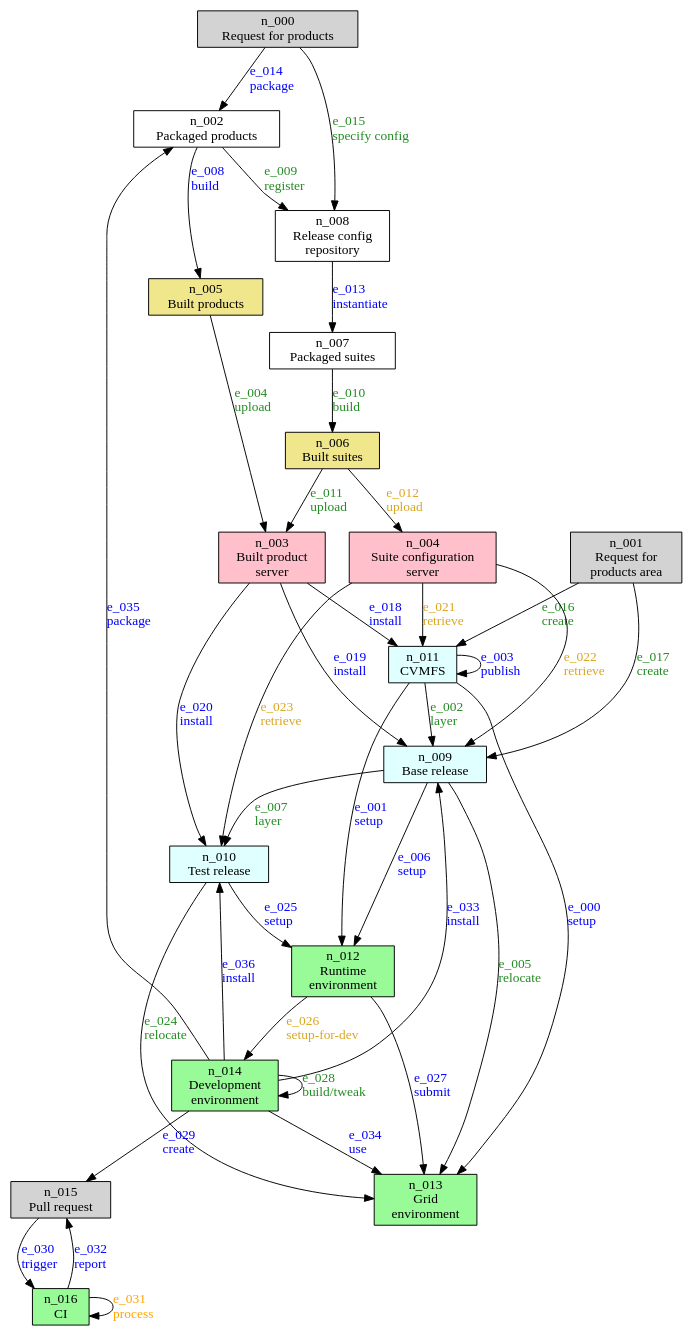
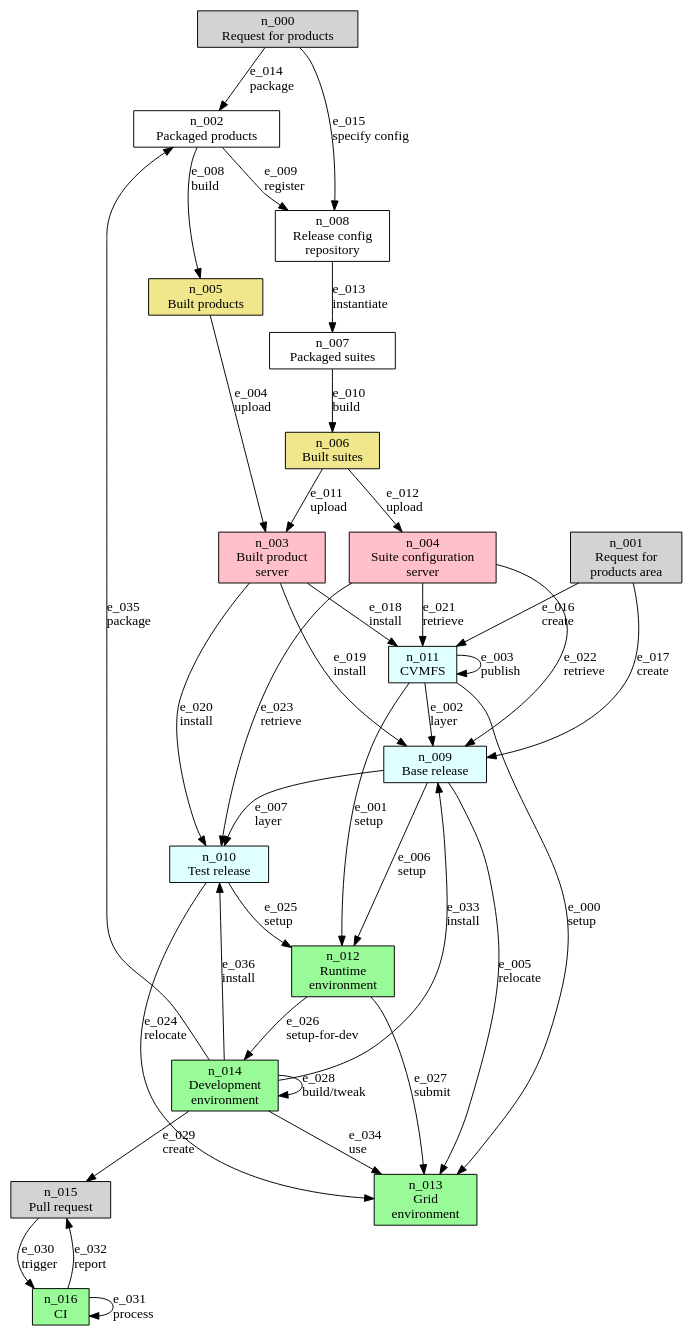
Before and after one commit to marcpaterno/spack_retreat: the diagram in spack.gv, drawn with Graphviz. The commit also changed 1 other file, not shown here.

```diff
--- a/spack.gv
+++ b/spack.gv
@@ -1,61 +1,61 @@
 digraph spack_workflow {
 
   node [shape="rectangle"]
   nodesep=0.35
 
   request_for_products [id="n_000", label="n_000\nRequest for products\n", style=filled, fillcolor=lightgray, href="./remaining_work.html#\N"]
   request_for_products_area [id="n_001", label="n_001\nRequest for\nproducts area\n", style=filled, fillcolor=lightgray, href="./remaining_work.html#\N"]
   packaged_products [id="n_002", label="n_002\nPackaged products", href="./remaining_work.html#\N"]
   scisoft [id="n_003", label="n_003\nBuilt product\nserver\n", style=filled, fillcolor=pink, href="./remaining_work.html#\N"]
   suite_config_server [id="n_004", label="n_004\nSuite configuration\nserver\n", style=filled, fillcolor=pink, href="./remaining_work.html#\N"]
   built_products [id="n_005", label="n_005\nBuilt products\n", style=filled, fillcolor=khaki, href="./remaining_work.html#\N"]
   built_env [id="n_006", label="n_006\nBuilt suites\n", style=filled, fillcolor=khaki, href="./remaining_work.html#\N"]
   packaged_suites [id="n_007", label="n_007\nPackaged suites", href="./remaining_work.html#\N"]
   release_config [id="n_008", label="n_008\nRelease config\nrepository", href="./remaining_work.html#\N"]
   base_release [id="n_009", label="n_009\nBase release\n", style=filled, fillcolor=lightcyan, href="./remaining_work.html#\N"]
   test_release [id="n_010", label="n_010\nTest release\n", style=filled, fillcolor=lightcyan, href="./remaining_work.html#\N"]
   CVMFS [id="n_011", label="n_011\n\N\n", style=filled, fillcolor=lightcyan, href="./remaining_work.html#\N"]
   runtime [id="n_012", label="n_012\nRuntime\nenvironment\n", style=filled, fillcolor=palegreen, href="./remaining_work.html#\N"]
   grid [id="n_013", label="n_013\nGrid\nenvironment\n", style=filled, fillcolor=palegreen, href="./remaining_work.html#\N"]
   development [id="n_014", label="n_014\nDevelopment\nenvironment\n", style=filled, fillcolor=palegreen, href="./remaining_work.html#\N"]
   PR [id="n_015", label="n_015\nPull request\n", style=filled, fillcolor=lightgray, href="./remaining_work.html#\N"]
   CI [id="n_016", label="n_016\n\N\n", style=filled, fillcolor=palegreen, href="./remaining_work.html#\N"]
 
-  CVMFS -> grid [id="e_000", label="e_000\lsetup\l", fontcolor=blue, href="./remaining_work.html#e_000"]
-  CVMFS -> runtime [id="e_001", label="e_001\lsetup\l", fontcolor=blue, href="./remaining_work.html#e_001"]
-  CVMFS -> base_release [id="e_002", label="e_002\llayer\l", fontcolor=forestgreen, href="./remaining_work.html#e_002"]
-  CVMFS -> CVMFS [id="e_003", label="e_003\lpublish\l", fontcolor=blue, href="./remaining_work.html#e_003"]
-  built_products -> scisoft [id="e_004", label="e_004\lupload\l", fontcolor=forestgreen, href="./remaining_work.html#e_004"]
-  base_release -> grid [id="e_005", label="e_005\lrelocate\l", fontcolor=forestgreen, href="./remaining_work.html#e_005"]
-  base_release -> runtime [id="e_006", label="e_006\lsetup\l", fontcolor=blue, href="./remaining_work.html#e_006"]
-  base_release -> test_release[id="e_007", label="e_007\llayer\l", fontcolor=forestgreen, href="./remaining_work.html#e_007"]
-  packaged_products -> built_products [id="e_008", label="e_008\lbuild\l", fontcolor=blue, href="./remaining_work.html#e_008"]
-  packaged_products -> release_config [id="e_009", label="e_009\lregister\l", fontcolor=forestgreen, href="./remaining_work.html#e_009"]
-  packaged_suites -> built_env [id="e_010", label="e_010\lbuild\l", fontcolor=forestgreen, href="./remaining_work.html#e_010"]
-  built_env -> scisoft [id="e_011", label="e_011\lupload\l", fontcolor=forestgreen, href="./remaining_work.html#e_011"]
-  built_env -> suite_config_server [id="e_012", label="e_012\lupload\l", fontcolor=goldenrod, href="./remaining_work.html#e_012"]
-  release_config -> packaged_suites [id="e_013", label="e_013\linstantiate\l", fontcolor=blue, href="./remaining_work.html#e_013"]
-  request_for_products -> packaged_products [id="e_014", label="e_014\lpackage\l", fontcolor=blue, href="./remaining_work.html#e_014"]
-  request_for_products -> release_config [id="e_015", label="e_015\lspecify config\l", fontcolor=forestgreen, href="./remaining_work.html#e_015"]
-  request_for_products_area -> CVMFS [id="e_016", label="e_016\lcreate\l", fontcolor=forestgreen, href="./remaining_work.html#e_016"]
-  request_for_products_area -> base_release [id="e_017", label="e_017\lcreate\l", fontcolor=forestgreen, href="./remaining_work.html#e_017"]
-  scisoft -> CVMFS [id="e_018", label="e_018\linstall\l", fontcolor=blue, href="./remaining_work.html#e_018"]
-  scisoft -> base_release [id="e_019", label="e_019\linstall\l", fontcolor=blue, href="./remaining_work.html#e_019"]
-  scisoft -> test_release [id="e_020", label="e_020\linstall\l", fontcolor=blue, href="./remaining_work.html#e_020"]
-  suite_config_server -> CVMFS [id="e_021", label="e_021\lretrieve\l", fontcolor=goldenrod, href="./remaining_work.html#e_021"]
-  suite_config_server -> base_release [id="e_022", label="e_022\lretrieve\l", fontcolor=goldenrod, href="./remaining_work.html#e_022"]
-  suite_config_server -> test_release [id="e_023", label="e_023\lretrieve\l", fontcolor=goldenrod, href="./remaining_work.html#e_023"]
-  test_release -> grid [id="e_024", label="e_024\lrelocate\l", fontcolor=forestgreen, href="./remaining_work.html#e_024"]
-  test_release -> runtime [id="e_025", label="e_025\lsetup\l", fontcolor=blue, href="./remaining_work.html#e_025"]
-  runtime -> development [id="e_026", label="e_026\lsetup-for-dev\l", fontcolor=goldenrod, href="./remaining_work.html#e_026"]
-  runtime -> grid [id="e_027", label="e_027\lsubmit\l", fontcolor=blue, href="./remaining_work.html#e_027"]
-  development -> development [id="e_028", label="e_028\lbuild/tweak\l", fontcolor=forestgreen, href="./remaining_work.html#e_028"]
-  development -> PR [id="e_029", label="e_029\lcreate\l", fontcolor=blue, href="./remaining_work.html#e_029"]
-  PR -> CI [id="e_030", label="e_030\ltrigger\l", fontcolor=blue, href="./remaining_work.html#e_030"]
-  CI -> CI [id="e_031", label="e_031\lprocess\l", fontcolor=orange, href="./remaining_work.html#e_031"]
-  CI -> PR [id="e_032", label="e_032\lreport\l", fontcolor=blue, href="./remaining_work.html#e_032"]
-  development -> base_release [id="e_033", label="e_033\linstall\l", fontcolor=blue, href="./remaining_work.html#e_033"]
-  development -> grid [id="e_034", label="e_034\luse\l", fontcolor=blue, href="./remaining_work.html#e_034"]
-  development -> packaged_products [id="e_035", label="e_035\lpackage\l", fontcolor=blue, href="./remaining_work.html#e_035"]
-  development -> test_release [id="e_036", label="e_036\linstall\l", fontcolor=blue, href="./remaining_work.html#e_036"]
+  CVMFS -> grid [id="e_000", label="e_000\lsetup\l", href="./remaining_work.html#e_000"]
+  CVMFS -> runtime [id="e_001", label="e_001\lsetup\l", href="./remaining_work.html#e_001"]
+  CVMFS -> base_release [id="e_002", label="e_002\llayer\l", href="./remaining_work.html#e_002"]
+  CVMFS -> CVMFS [id="e_003", label="e_003\lpublish\l", href="./remaining_work.html#e_003"]
+  built_products -> scisoft [id="e_004", label="e_004\lupload\l", href="./remaining_work.html#e_004"]
+  base_release -> grid [id="e_005", label="e_005\lrelocate\l", href="./remaining_work.html#e_005"]
+  base_release -> runtime [id="e_006", label="e_006\lsetup\l", href="./remaining_work.html#e_006"]
+  base_release -> test_release[id="e_007", label="e_007\llayer\l", href="./remaining_work.html#e_007"]
+  packaged_products -> built_products [id="e_008", label="e_008\lbuild\l", href="./remaining_work.html#e_008"]
+  packaged_products -> release_config [id="e_009", label="e_009\lregister\l", href="./remaining_work.html#e_009"]
+  packaged_suites -> built_env [id="e_010", label="e_010\lbuild\l", href="./remaining_work.html#e_010"]
+  built_env -> scisoft [id="e_011", label="e_011\lupload\l", href="./remaining_work.html#e_011"]
+  built_env -> suite_config_server [id="e_012", label="e_012\lupload\l", href="./remaining_work.html#e_012"]
+  release_config -> packaged_suites [id="e_013", label="e_013\linstantiate\l", href="./remaining_work.html#e_013"]
+  request_for_products -> packaged_products [id="e_014", label="e_014\lpackage\l", href="./remaining_work.html#e_014"]
+  request_for_products -> release_config [id="e_015", label="e_015\lspecify config\l", href="./remaining_work.html#e_015"]
+  request_for_products_area -> CVMFS [id="e_016", label="e_016\lcreate\l", href="./remaining_work.html#e_016"]
+  request_for_products_area -> base_release [id="e_017", label="e_017\lcreate\l", href="./remaining_work.html#e_017"]
+  scisoft -> CVMFS [id="e_018", label="e_018\linstall\l", href="./remaining_work.html#e_018"]
+  scisoft -> base_release [id="e_019", label="e_019\linstall\l", href="./remaining_work.html#e_019"]
+  scisoft -> test_release [id="e_020", label="e_020\linstall\l", href="./remaining_work.html#e_020"]
+  suite_config_server -> CVMFS [id="e_021", label="e_021\lretrieve\l", href="./remaining_work.html#e_021"]
+  suite_config_server -> base_release [id="e_022", label="e_022\lretrieve\l", href="./remaining_work.html#e_022"]
+  suite_config_server -> test_release [id="e_023", label="e_023\lretrieve\l", href="./remaining_work.html#e_023"]
+  test_release -> grid [id="e_024", label="e_024\lrelocate\l", href="./remaining_work.html#e_024"]
+  test_release -> runtime [id="e_025", label="e_025\lsetup\l", href="./remaining_work.html#e_025"]
+  runtime -> development [id="e_026", label="e_026\lsetup-for-dev\l", href="./remaining_work.html#e_026"]
+  runtime -> grid [id="e_027", label="e_027\lsubmit\l", href="./remaining_work.html#e_027"]
+  development -> development [id="e_028", label="e_028\lbuild/tweak\l", href="./remaining_work.html#e_028"]
+  development -> PR [id="e_029", label="e_029\lcreate\l", href="./remaining_work.html#e_029"]
+  PR -> CI [id="e_030", label="e_030\ltrigger\l", href="./remaining_work.html#e_030"]
+  CI -> CI [id="e_031", label="e_031\lprocess\l", href="./remaining_work.html#e_031"]
+  CI -> PR [id="e_032", label="e_032\lreport\l", href="./remaining_work.html#e_032"]
+  development -> base_release [id="e_033", label="e_033\linstall\l", href="./remaining_work.html#e_033"]
+  development -> grid [id="e_034", label="e_034\luse\l", href="./remaining_work.html#e_034"]
+  development -> packaged_products [id="e_035", label="e_035\lpackage\l", href="./remaining_work.html#e_035"]
+  development -> test_release [id="e_036", label="e_036\linstall\l", href="./remaining_work.html#e_036"]
 }
```
